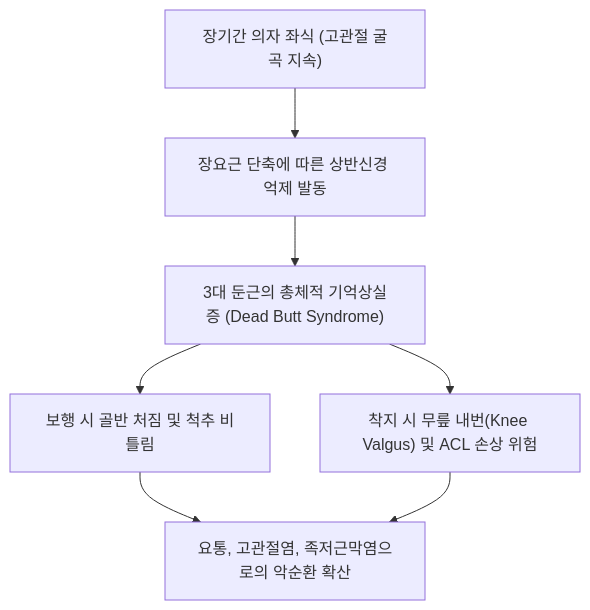
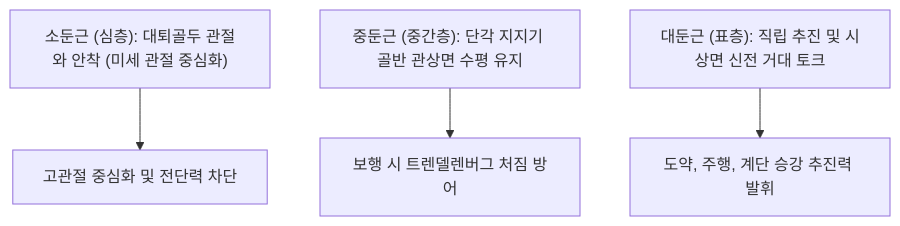
One commit to simbio11/simbio-digital-garden2 changed the diagram in content/1. 근골격계 공부/근육/(10) 둔부/둔근.md. Above: the diagram before and after it, drawn with Mermaid. The commit also changed other lines of this file and 150 other files, not shown here.

````diff
--- a/content/1. 근골격계 공부/근육/(10) 둔부/둔근.md
+++ b/content/1. 근골격계 공부/근육/(10) 둔부/둔근.md
@@ -46,8 +55,6 @@
 ```mermaid
 graph TD
-    SittingHabit["장기간 의자 좌식 (고관절 굴곡 지속)"] --> ReciprocalInhibition["장요근 단축에 따른 상반신경 억제 발동"]
-    ReciprocalInhibition --> GlutealAmnesia["3대 둔근의 총체적 기억상실증 (Dead Butt Syndrome)"]
-    GlutealAmnesia --> PelvicDrop["보행 시 골반 처짐 및 척추 비틀림"]
-    GlutealAmnesia --> KneeValgus["착지 시 무릎 내번(Knee Valgus) 및 ACL 손상 위험"]
-    PelvicDrop & KneeValgus --> ChronicPain["요통, 고관절염, 족저근막염으로의 악순환 확산"]
+    GluteusMinimus["소둔근 (심층): 대퇴골두 관절와 안착 (미세 관절 중심화)"] --> PelvicCentration["고관절 중심화 및 전단력 차단"]
+    GluteusMedius["중둔근 (중간층): 단각 지지기 골반 관상면 수평 유지"] --> DynamicStability["보행 시 트렌델렌버그 처짐 방어"]
+    GluteusMaximus["대둔근 (표층): 직립 추진 및 시상면 신전 거대 토크"] --> Propulsion["도약, 주행, 계단 승강 추진력 발휘"]
 ```
````
